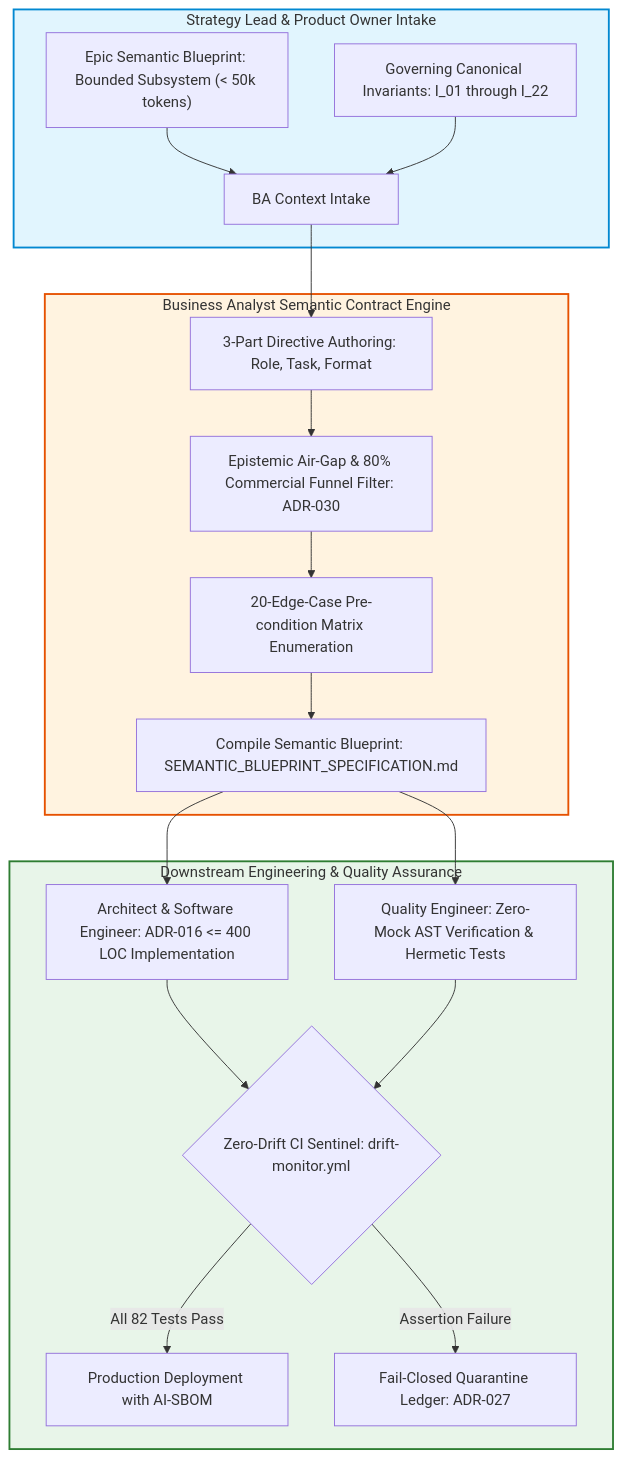
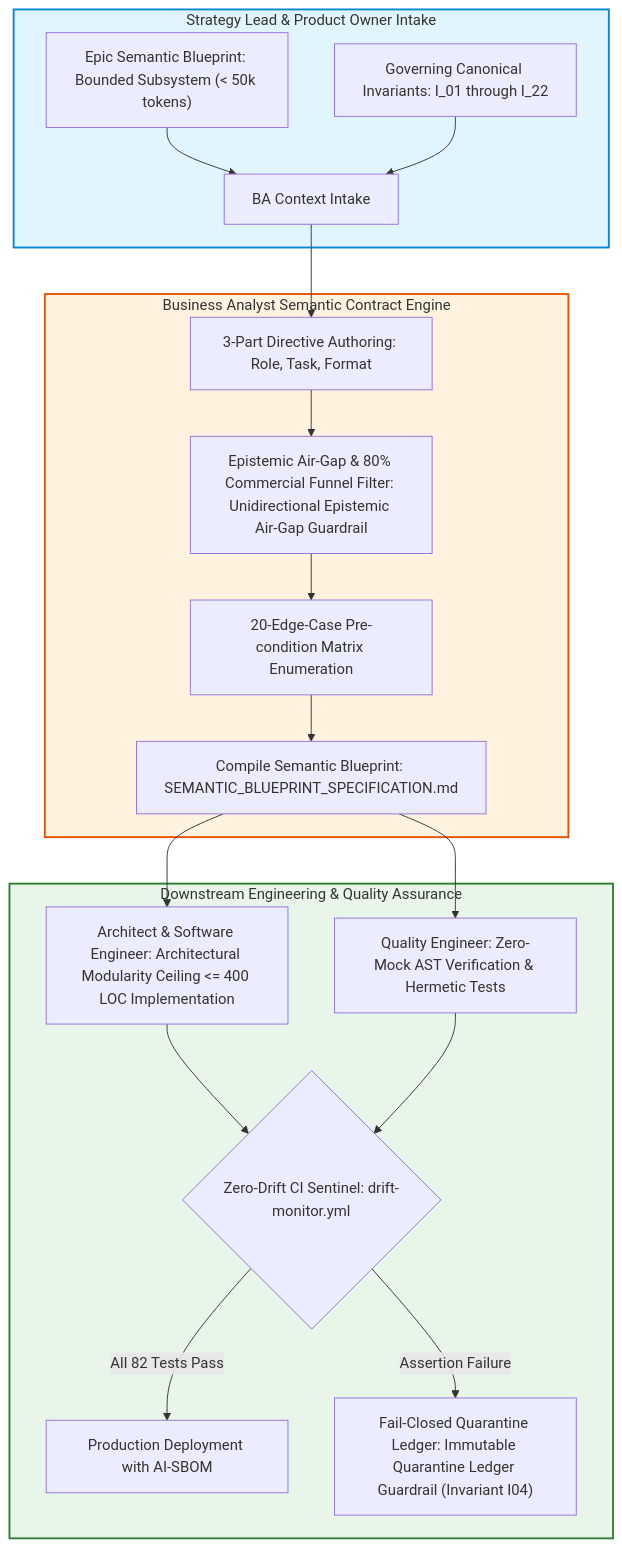
Before and after one commit to bdchang403/AI_Software_Foundations: the diagram in 02_requirements_and_design/README.md, drawn with Mermaid. The commit also changed other lines of this file and 24 other files, not shown here.

````diff
--- a/02_requirements_and_design/README.md
+++ b/02_requirements_and_design/README.md
@@ -29,28 +29,28 @@
 ```mermaid
 flowchart TD
     subgraph StrategyIntake ["Strategy Lead & Product Owner Intake"]
         EPIC["Epic Semantic Blueprint: Bounded Subsystem (< 50k tokens)"]
         INV["Governing Canonical Invariants: I_01 through I_22"]
         EPIC & INV --> BA_INPUT["BA Context Intake"]
     end
 
     subgraph BARequirementsEngine ["Business Analyst Semantic Contract Engine"]
         BA_INPUT --> DIRECTIVE["3-Part Directive Authoring: Role, Task, Format"]
-        DIRECTIVE --> AIRGAP["Epistemic Air-Gap & 80% Commercial Funnel Filter: ADR-030"]
+        DIRECTIVE --> AIRGAP["Epistemic Air-Gap & 80% Commercial Funnel Filter: Unidirectional Epistemic Air-Gap Guardrail"]
         AIRGAP --> EDGE_MATRIX["20-Edge-Case Pre-condition Matrix Enumeration"]
         EDGE_MATRIX --> BLUEPRINT["Compile Semantic Blueprint: SEMANTIC_BLUEPRINT_SPECIFICATION.md"]
     end
 
     subgraph DownstreamHandoff ["Downstream Engineering & Quality Assurance"]
-        BLUEPRINT --> BUILDER["Architect & Software Engineer: ADR-016 <= 400 LOC Implementation"]
+        BLUEPRINT --> BUILDER["Architect & Software Engineer: Architectural Modularity Ceiling <= 400 LOC Implementation"]
         BLUEPRINT --> QE["Quality Engineer: Zero-Mock AST Verification & Hermetic Tests"]
         BUILDER --> CI_GATE{"Zero-Drift CI Sentinel: drift-monitor.yml"}
         QE --> CI_GATE
         CI_GATE -->|"All 82 Tests Pass"| PROD["Production Deployment with AI-SBOM"]
-        CI_GATE -->|"Assertion Failure"| FAIL_CLOSED["Fail-Closed Quarantine Ledger: ADR-027"]
+        CI_GATE -->|"Assertion Failure"| FAIL_CLOSED["Fail-Closed Quarantine Ledger: Immutable Quarantine Ledger Guardrail (Invariant I04)"]
     end
 
     style StrategyIntake fill:#e1f5fe,stroke:#0288d1,stroke-width:2px;
     style BARequirementsEngine fill:#fff3e0,stroke:#e65100,stroke-width:2px;
     style DownstreamHandoff fill:#e8f5e9,stroke:#2e7d32,stroke-width:2px;
 ```
````
